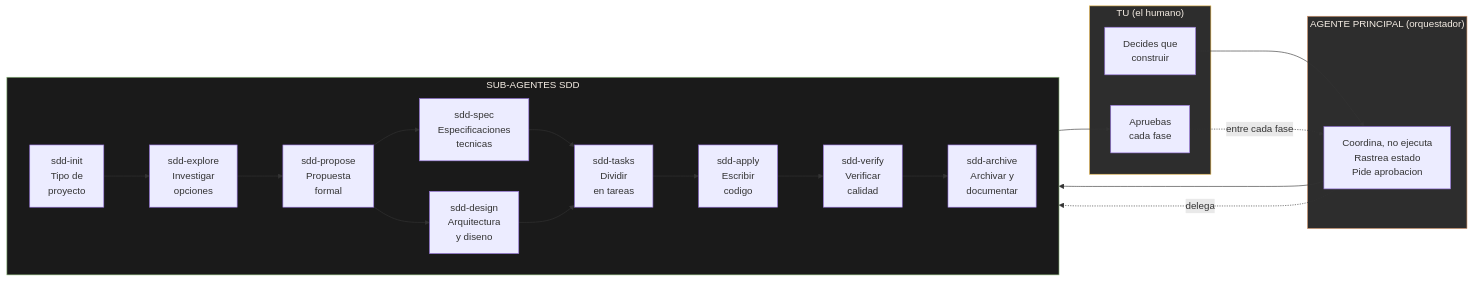
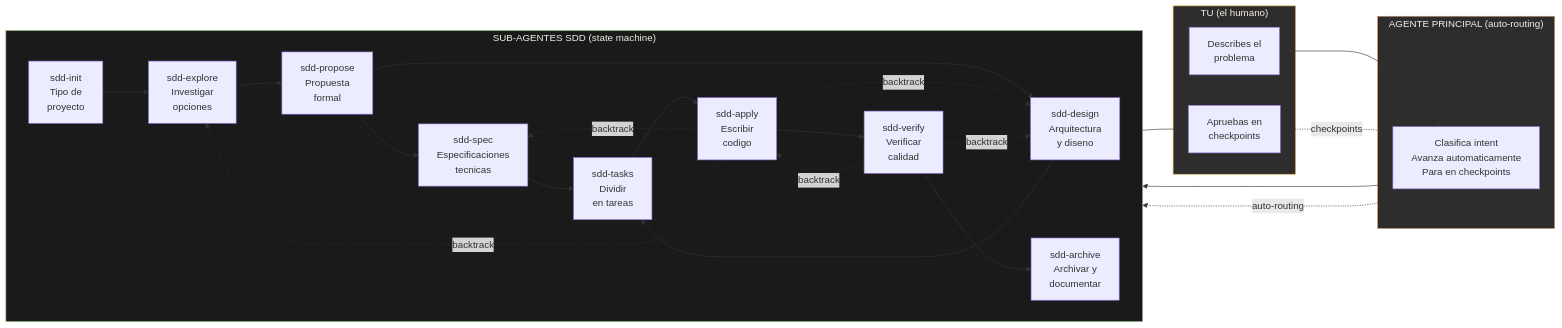
The fourth of 24 diagrams in docs/architecture/arquitectura-diagrama.md (jota-batuta/batuta-dots), drawn with Mermaid before and after one commit. The commit also changed other lines of this file and 11 other files, not shown here.

First line of the commit message:
feat: add auto-routing and state machine with backtracking to SDD pipeline

````diff
--- a/docs/architecture/arquitectura-diagrama.md
+++ b/docs/architecture/arquitectura-diagrama.md
@@ -134,40 +140,46 @@
 ```mermaid
 flowchart LR
     subgraph USUARIO["TU (el humano)"]
-        U_DECIDE["Decides que<br/>construir"]
-        U_APRUEBA["Apruebas<br/>cada fase"]
+        U_DESCRIBE["Describes el<br/>problema"]
+        U_APRUEBA["Apruebas en<br/>checkpoints"]
     end
 
-    subgraph ORQUESTADOR["AGENTE PRINCIPAL (orquestador)"]
-        ORC["Coordina, no ejecuta<br/>Rastrea estado<br/>Pide aprobacion"]
+    subgraph ORQUESTADOR["AGENTE PRINCIPAL (auto-routing)"]
+        ORC["Clasifica intent<br/>Avanza automaticamente<br/>Para en checkpoints"]
     end
 
-    subgraph PIPELINE["SUB-AGENTES SDD"]
+    subgraph PIPELINE["SUB-AGENTES SDD (state machine)"]
         direction LR
         INIT["sdd-init<br/>Tipo de<br/>proyecto"]
         EXPLORE["sdd-explore<br/>Investigar<br/>opciones"]
         PROPOSE["sdd-propose<br/>Propuesta<br/>formal"]
         SPEC["sdd-spec<br/>Especificaciones<br/>tecnicas"]
         DESIGN["sdd-design<br/>Arquitectura<br/>y diseno"]
         TASKS["sdd-tasks<br/>Dividir<br/>en tareas"]
         APPLY["sdd-apply<br/>Escribir<br/>codigo"]
         VERIFY["sdd-verify<br/>Verificar<br/>calidad"]
         ARCHIVE["sdd-archive<br/>Archivar y<br/>documentar"]
     end
 
-    U_DECIDE --> ORC
+    U_DESCRIBE --> ORC
     ORC --> INIT --> EXPLORE --> PROPOSE
     PROPOSE --> SPEC
     PROPOSE --> DESIGN
     SPEC --> TASKS
     DESIGN --> TASKS
     TASKS --> APPLY --> VERIFY --> ARCHIVE
     ARCHIVE --> U_APRUEBA
 
-    ORC -.->|"delega"| PIPELINE
-    U_APRUEBA -.->|"entre cada fase"| ORC
+    APPLY -.->|"backtrack"| SPEC
+    APPLY -.->|"backtrack"| DESIGN
+    APPLY -.->|"backtrack"| EXPLORE
+    VERIFY -.->|"backtrack"| DESIGN
+    VERIFY -.->|"backtrack"| APPLY
+
+    ORC -.->|"auto-routing"| PIPELINE
+    U_APRUEBA -.->|"checkpoints"| ORC
 
     style USUARIO fill:#2d2d2d,stroke:#E8B84D,color:#F5EDE4
     style ORQUESTADOR fill:#2d2d2d,stroke:#D4956A,color:#F5EDE4
     style PIPELINE fill:#1a1a1a,stroke:#8BB87A,color:#F5EDE4
 ```
````
